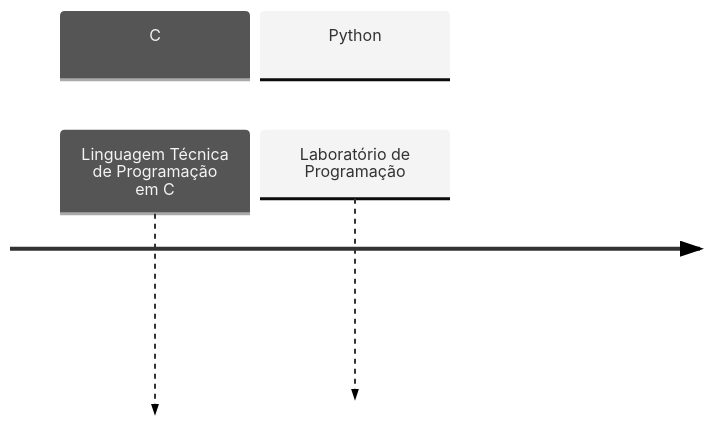
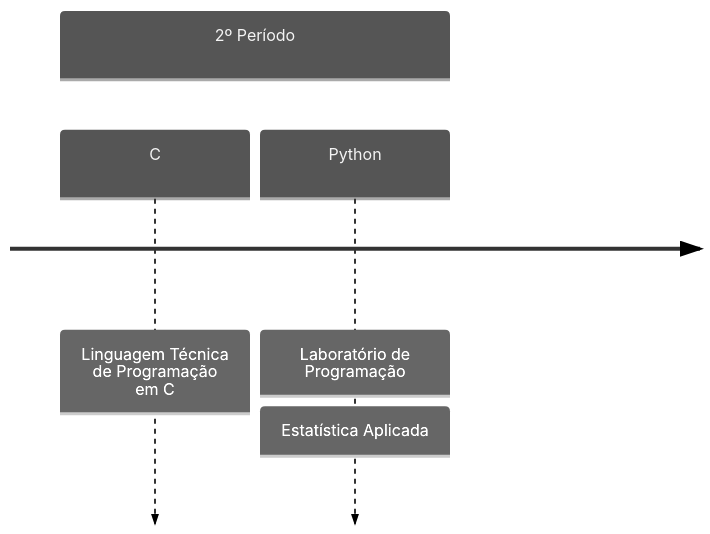
One commit to BorgesMTP/UNIUBE changed the diagram in README.md. Above: the diagram before and after it, drawn with Mermaid (neutral theme). The commit also changed other lines of this file, not shown here.

````diff
--- a/README.md
+++ b/README.md
@@ -7,7 +8,6 @@
 ```mermaid
 timeline
-    section C
-      Linguagem Técnica de Programação em C
-    Section Python
-      Laboratório de Programação
+    section 2º Período
+      C: Linguagem Técnica de Programação em C
+      Python: Laboratório de Programação : Estatística Aplicada
 ```
````
